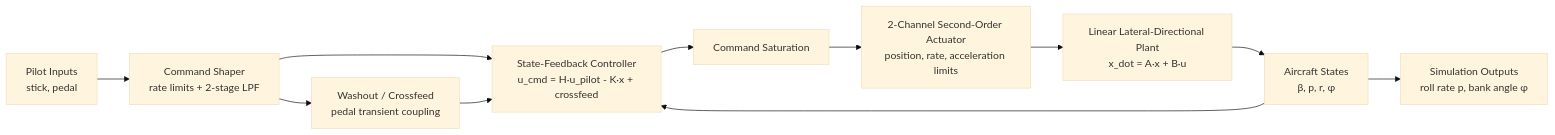
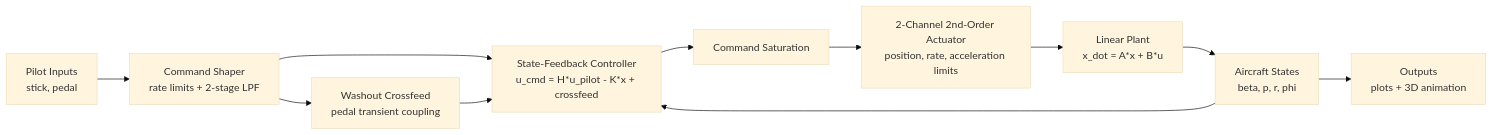
One commit to hunkarsuci/F16-Inspired-Lateral-Directional-FCS changed the diagram in README.md. Above: the diagram before and after it, drawn with Mermaid (base theme). The commit also changed other lines of this file and 18 other files, not shown here.

````diff
--- a/README.md
+++ b/README.md
@@ -34,17 +37,13 @@
 ```mermaid
 flowchart LR
     A["Pilot Inputs<br/>stick, pedal"] --> B["Command Shaper<br/>rate limits + 2-stage LPF"]
-
-    B --> C["Washout / Crossfeed<br/>pedal transient coupling"]
-    B --> D["State-Feedback Controller<br/>u_cmd = H·u_pilot - K·x + crossfeed"]
-
+    B --> C["Washout Crossfeed<br/>pedal transient coupling"]
+    B --> D["State-Feedback Controller<br/>u_cmd = H*u_pilot - K*x + crossfeed"]
     C --> D
     D --> E["Command Saturation"]
-    E --> F["2-Channel Second-Order Actuator<br/>position, rate, acceleration limits"]
-
-    F --> G["Linear Lateral-Directional Plant<br/>x_dot = A·x + B·u"]
-    G --> H["Aircraft States<br/>β, p, r, φ"]
-
+    E --> F["2-Channel 2nd-Order Actuator<br/>position, rate, acceleration limits"]
+    F --> G["Linear Plant<br/>x_dot = A*x + B*u"]
+    G --> H["Aircraft States<br/>beta, p, r, phi"]
     H --> D
-    H --> I["Simulation Outputs<br/>roll rate p, bank angle φ"]
+    H --> I["Outputs<br/>plots + 3D animation"]
 ```
````
